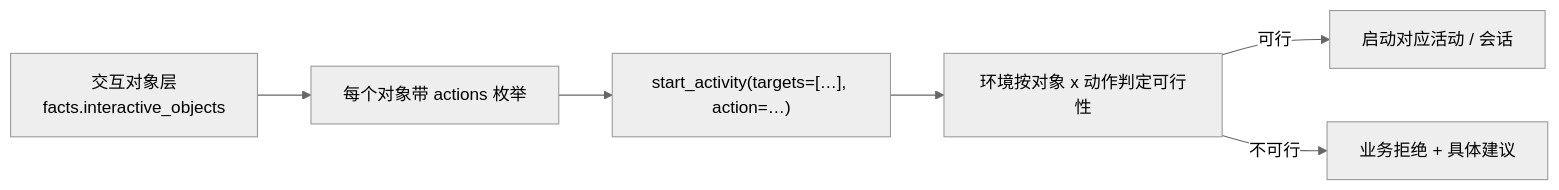
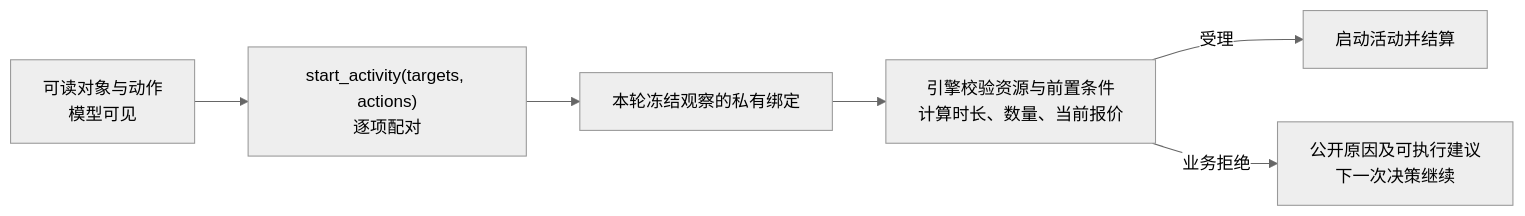
The third of 5 diagrams in docs/dev/SPEC-agent-interaction.md (HoldThatThgt/WorldMock), drawn with Mermaid (neutral theme) before and after one commit. The commit also changed other lines of this file and 169 other files, not shown here.

````diff
--- a/docs/dev/SPEC-agent-interaction.md
+++ b/docs/dev/SPEC-agent-interaction.md
@@ -196,8 +225,8 @@
 ```mermaid
 flowchart LR
-    O["交互对象层<br/>facts.interactive_objects"] --> E["每个对象带 actions 枚举"]
-    E --> S["start_activity(targets=[…], action=…)"]
-    S --> V["环境按对象 x 动作判定可行性"]
-    V -->|可行| A["启动对应活动 / 会话"]
-    V -->|不可行| R["业务拒绝 + 具体建议"]
+    O["可读对象与动作<br/>模型可见"] --> S["start_activity(targets, actions)<br/>逐项配对"]
+    S --> B["本轮冻结观察的私有绑定"]
+    B --> V["引擎校验资源与前置条件<br/>计算时长、数量、当前报价"]
+    V -->|受理| A["启动活动并结算"]
+    V -->|业务拒绝| R["公开原因及可执行建议<br/>下一次决策继续"]
 ```
````
